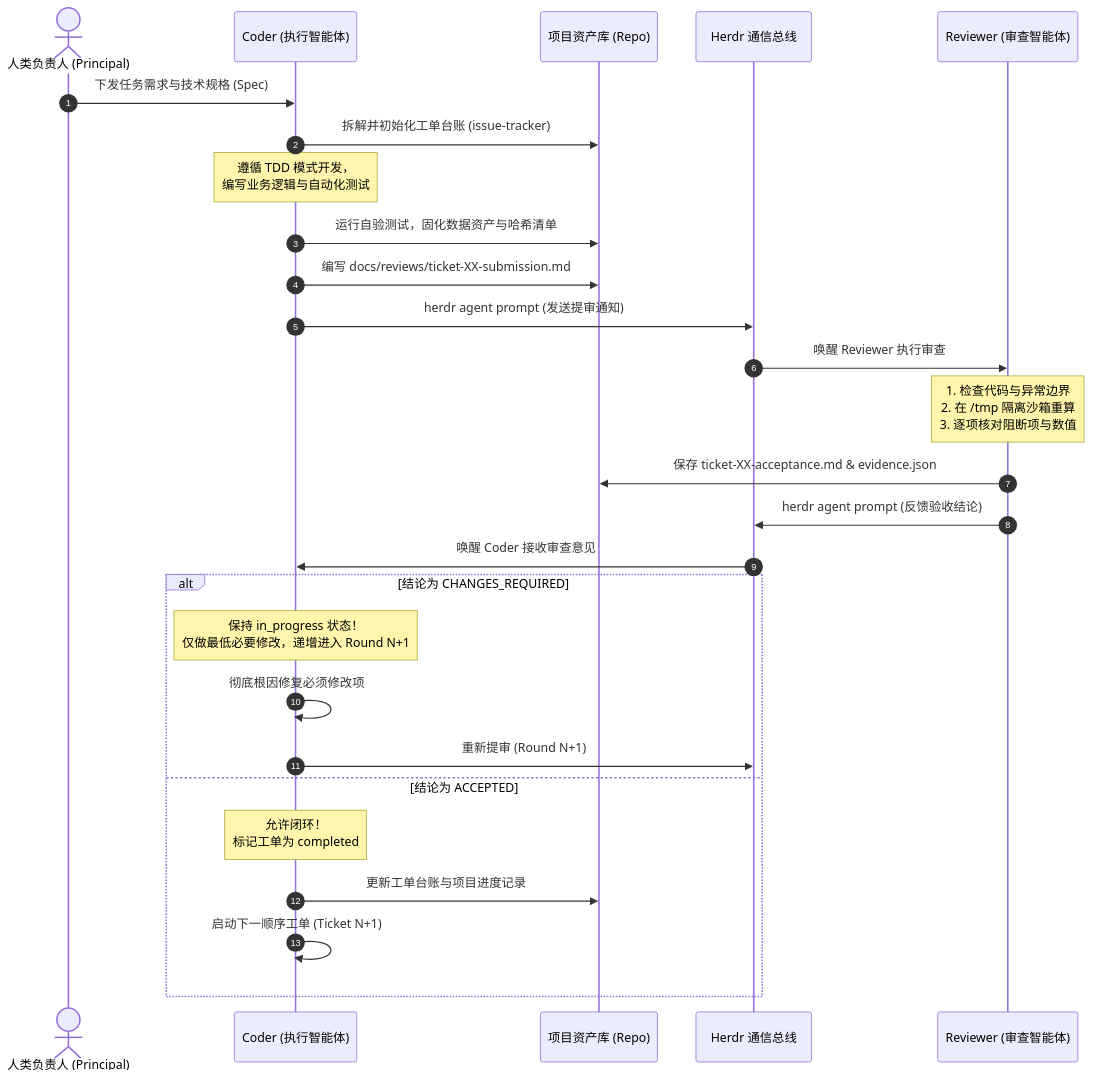
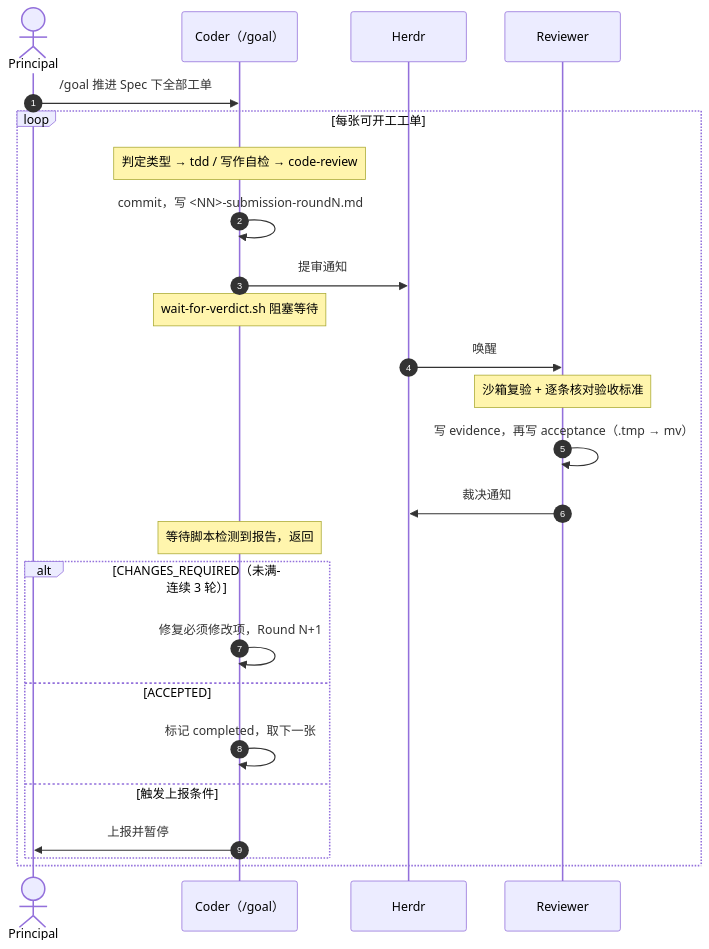
Before and after one commit to davisruby530/herdr-dual-agent-collaboration: the second of 2 diagrams in docs/agents/coder-reviewer-herdr-collaboration-guide.md, drawn with Mermaid. The commit also changed other lines of this file and 22 other files, not shown here.

````diff
--- a/docs/agents/coder-reviewer-herdr-collaboration-guide.md
+++ b/docs/agents/coder-reviewer-herdr-collaboration-guide.md
@@ -176,31 +133,28 @@
 ```mermaid
 sequenceDiagram
     autonumber
-    actor Human as 人类负责人 (Principal)
-    participant Coder as Coder (执行智能体)
-    participant Repo as 项目资产库 (Repo)
-    participant Herdr as Herdr 通信总线
-    participant Reviewer as Reviewer (审查智能体)
+    actor P as Principal
+    participant C as Coder（/goal）
+    participant H as Herdr
+    participant R as Reviewer
 
-    Human->>Coder: 下发任务需求与技术规格 (Spec)
-    Coder->>Repo: 拆解并初始化工单台账 (issue-tracker)
-    Note over Coder: 遵循 TDD 模式开发，<br>编写业务逻辑与自动化测试
-    Coder->>Repo: 运行自验测试，固化数据资产与哈希清单
-    Coder->>Repo: 编写 docs/reviews/ticket-XX-submission.md
-    Coder->>Herdr: herdr agent prompt (发送提审通知)
-    Herdr->>Reviewer: 唤醒 Reviewer 执行审查
-    Note over Reviewer: 1. 检查代码与异常边界<br>2. 在 /tmp 隔离沙箱重算<br>3. 逐项核对阻断项与数值
-    Reviewer->>Repo: 保存 ticket-XX-acceptance.md & evidence.json
-    Reviewer->>Herdr: herdr agent prompt (反馈验收结论)
-    Herdr->>Coder: 唤醒 Coder 接收审查意见
-    
-    alt 结论为 CHANGES_REQUIRED
-        Note over Coder: 保持 in_progress 状态！<br>仅做最低必要修改，递增进入 Round N+1
-        Coder->>Coder: 彻底根因修复必须修改项
-        Coder->>Herdr: 重新提审 (Round N+1)
-    else 结论为 ACCEPTED
-        Note over Coder: 允许闭环！<br>标记工单为 completed
-        Coder->>Repo: 更新工单台账与项目进度记录
-        Coder->>Coder: 启动下一顺序工单 (Ticket N+1)
+    P->>C: /goal 推进 Spec 下全部工单
+    loop 每张可开工工单
+        Note over C: 判定类型 → tdd / 写作自检 → code-review
+        C->>C: commit，写 <NN>-submission-roundN.md
+        C->>H: 提审通知
+        Note over C: wait-for-verdict.sh 阻塞等待
+        H->>R: 唤醒
+        Note over R: 沙箱复验 + 逐条核对验收标准
+        R->>R: 写 evidence，再写 acceptance（.tmp → mv）
+        R->>H: 裁决通知
+        Note over C: 等待脚本检测到报告，返回
+        alt CHANGES_REQUIRED（未满连续 3 轮）
+            C->>C: 修复必须修改项，Round N+1
+        else ACCEPTED
+            C->>C: 标记 completed，取下一张
+        else 触发上报条件
+            C->>P: 上报并暂停
+        end
     end
 ```
````
